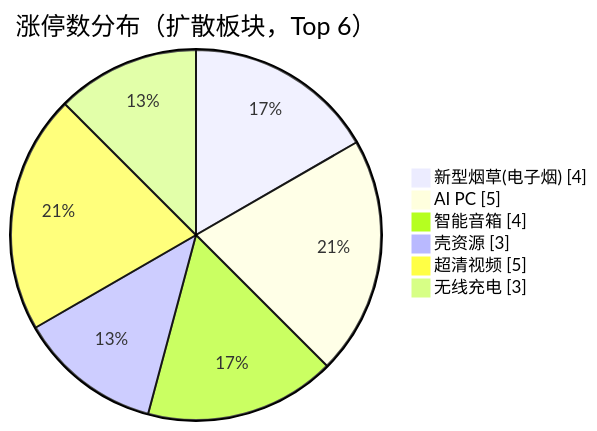
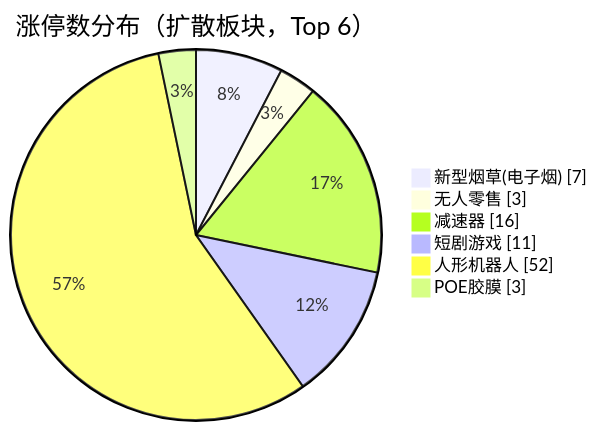
Before and after one commit to chenyang1999/chzl-kg: the first of 3 diagrams in content/投研交易/盘中分析/20261123.md, drawn with Mermaid. The commit also changed other lines of this file, not shown here.

````diff
--- a/content/投研交易/盘中分析/20261123.md
+++ b/content/投研交易/盘中分析/20261123.md
@@ -30,10 +30,10 @@
 ```mermaid
 pie showData
     title 涨停数分布（扩散板块，Top 6）
-    "新型烟草(电子烟)" : 4
-    "AI PC" : 5
-    "智能音箱" : 4
-    "壳资源" : 3
-    "超清视频" : 5
-    "无线充电" : 3
+    "新型烟草(电子烟)" : 7
+    "无人零售" : 3
+    "减速器" : 16
+    "短剧游戏" : 11
+    "人形机器人" : 52
+    "POE胶膜" : 3
 ```
````
